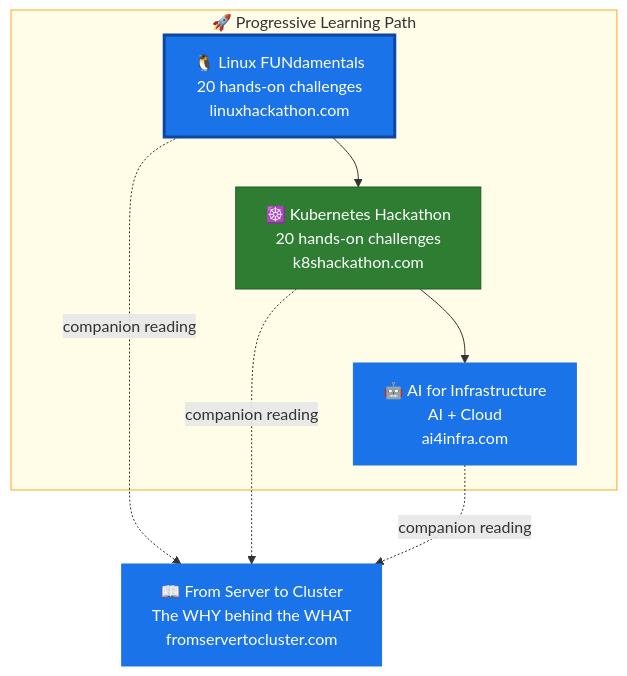
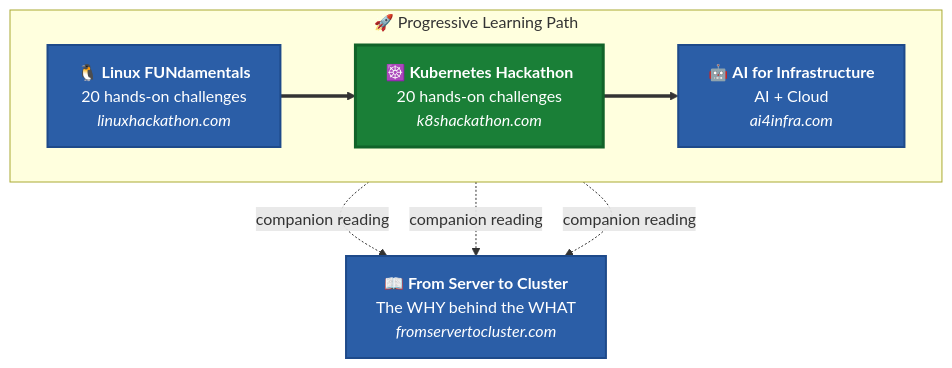
The diagram in README.md (ricmmartins/fasthack-linux), drawn with Mermaid before and after one commit.

Commit message:
corrige cores do diagrama para corresponder ao padrão

````diff
--- a/README.md
+++ b/README.md
@@ -137,22 +137,25 @@
 ```mermaid
-flowchart TD
-    subgraph path["🚀 Progressive Learning Path"]
-        A["🐧 Linux FUNdamentals\n20 hands-on challenges\nlinuxhackathon.com"]:::highlight --> B["☸️ Kubernetes Hackathon\n20 hands-on challenges\nk8shackathon.com"]:::green
-        B --> C["🤖 AI for Infrastructure\nAI + Cloud\nai4infra.com"]:::blue
+flowchart TB
+    subgraph journey["🚀 Progressive Learning Path"]
+        direction LR
+        A["🐧 <b>Linux FUNdamentals</b><br/>20 hands-on challenges<br/><i>linuxhackathon.com</i>"] ==> B["☸️ <b>Kubernetes Hackathon</b><br/>20 hands-on challenges<br/><i>k8shackathon.com</i>"] ==> C["🤖 <b>AI for Infrastructure</b><br/>AI + Cloud<br/><i>ai4infra.com</i>"]
     end
-    D["📖 From Server to Cluster\nThe WHY behind the WHAT\nfromservertocluster.com"]:::blue
-    A -. "companion reading" .-> D
-    B -. "companion reading" .-> D
-    C -. "companion reading" .-> D
 
-    classDef highlight fill:#1a73e8,stroke:#0d47a1,color:#fff,stroke-width:3px
-    classDef green fill:#2e7d32,stroke:#1b5e20,color:#fff
-    classDef blue fill:#1a73e8,stroke:#1a73e8,color:#fff
+    A -.->|companion reading| D
+    B -.->|companion reading| D
+    C -.->|companion reading| D
 
-    style path fill:#fffde7,stroke:#f9a825,color:#333
+    D["📖 <b>From Server to Cluster</b><br/>The WHY behind the WHAT<br/><i>fromservertocluster.com</i>"]
+
+    classDef challenge fill:#2b5ea7,stroke:#1e4a8a,color:#fff,stroke-width:2px
+    classDef hackathon fill:#1a7f37,stroke:#116329,color:#fff,stroke-width:3px
+
+    class A,C challenge
+    class B hackathon
+    class D challenge
 
     click A "https://linuxhackathon.com" _blank
     click B "https://k8shackathon.com" _blank
     click C "https://ai4infra.com" _blank
     click D "https://fromservertocluster.com" _blank
 ```
````
